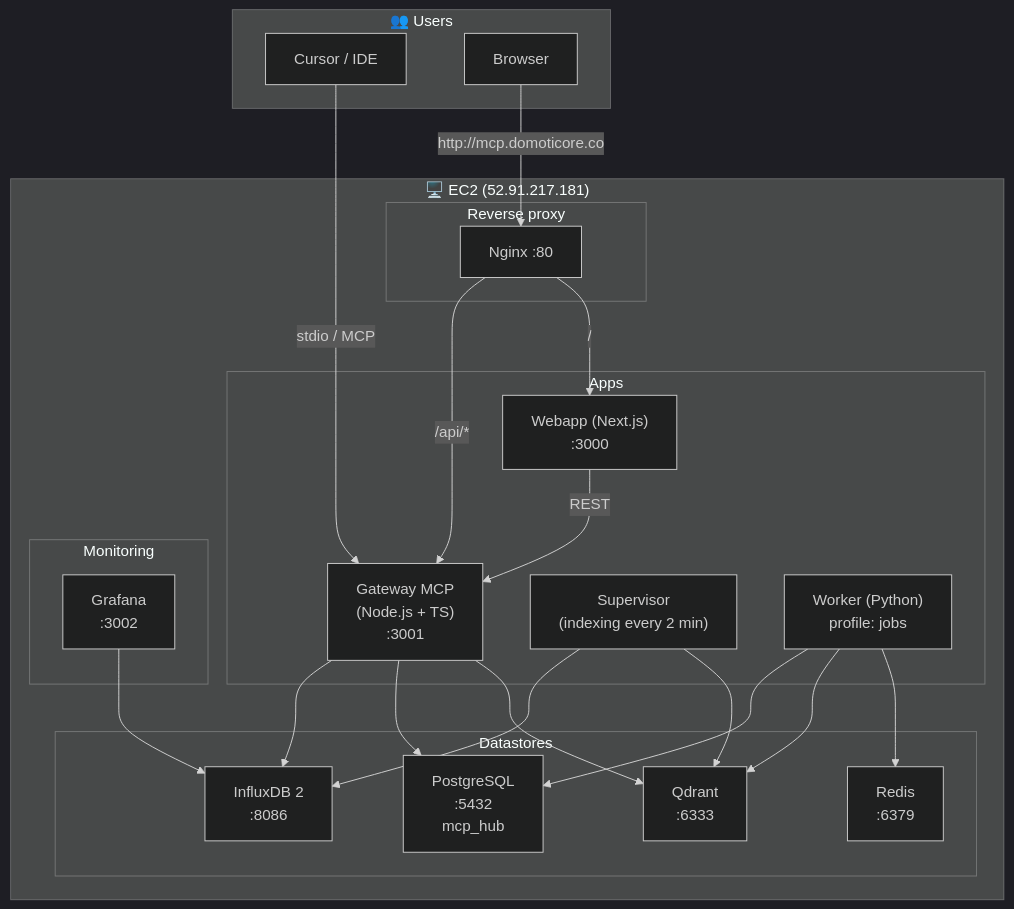
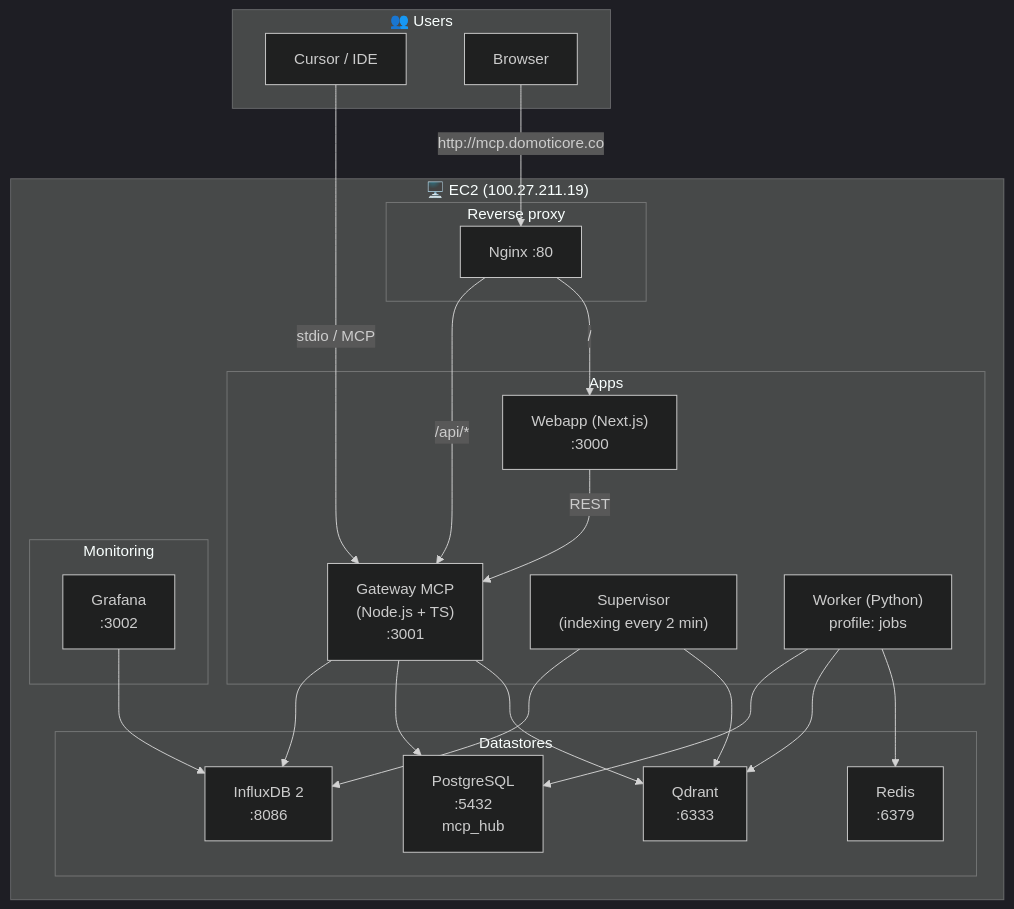
One commit to gustavosinbandera/MCP-SERVER changed the first of 2 diagrams in docs/INFRAESTRUCTURA.md. Above: the diagram before and after it, drawn with Mermaid (dark theme). The commit also changed other lines of this file and 11 other files, not shown here.

````diff
--- a/docs/INFRAESTRUCTURA.md
+++ b/docs/INFRAESTRUCTURA.md
@@ -17,47 +17,47 @@
 ```mermaid
 flowchart TB
     subgraph usuarios["👥 Users"]
         IDE["Cursor / IDE"]
         Browser["Browser"]
     end
 
-    subgraph ec2["🖥️ EC2 (52.91.217.181)"]
+    subgraph ec2["🖥️ EC2 (100.27.211.19)"]
         subgraph proxy["Reverse proxy"]
             Nginx["Nginx :80"]
         end
 
         subgraph aplicaciones["Apps"]
             Webapp["Webapp (Next.js)\n:3000"]
             Gateway["Gateway MCP\n(Node.js + TS)\n:3001"]
             Supervisor["Supervisor\n(indexing every 2 min)"]
             Worker["Worker (Python)\nprofile: jobs"]
         end
 
         subgraph datos["Datastores"]
             Postgres["PostgreSQL\n:5432\nmcp_hub"]
             Redis["Redis\n:6379"]
             Qdrant["Qdrant\n:6333"]
             InfluxDB["InfluxDB 2\n:8086"]
         end
 
         subgraph monitoreo["Monitoring"]
             Grafana["Grafana\n:3002"]
         end
     end
 
     IDE -->|"stdio / MCP"| Gateway
     Browser -->|"http://mcp.domoticore.co"| Nginx
     Nginx -->|"/"| Webapp
     Nginx -->|"/api/*"| Gateway
 
     Webapp -->|"REST"| Gateway
     Gateway --> Qdrant
     Gateway --> Postgres
     Gateway --> InfluxDB
     Supervisor --> Qdrant
     Supervisor --> InfluxDB
     Worker --> Redis
     Worker --> Qdrant
     Worker --> Postgres
     Grafana --> InfluxDB
 ```
````
